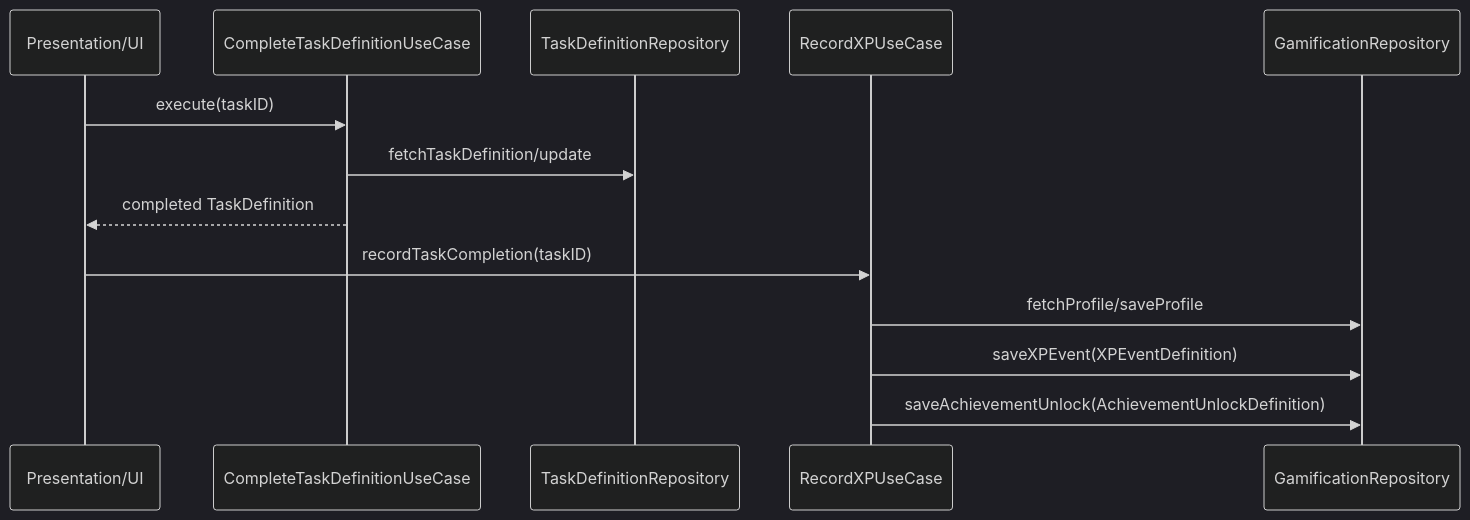
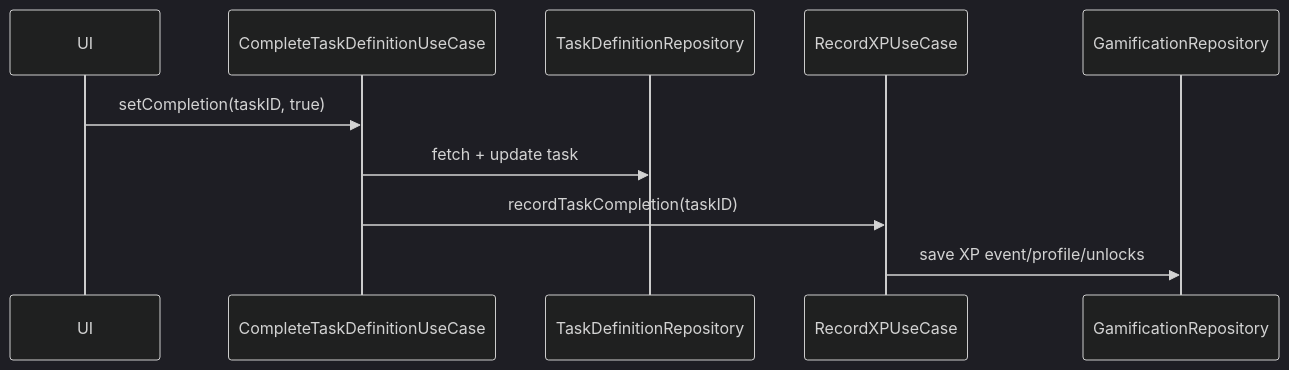
One commit to Saransh-Sharma/Tasker changed the second of 2 diagrams in docs/architecture/data-model-v2.md. Above: the diagram before and after it, drawn with Mermaid (dark theme). The commit also changed other lines of this file and 10 other files, not shown here.

Commit message:
docs: update architecture documentation for V3

````diff
--- a/docs/architecture/data-model-v2.md
+++ b/docs/architecture/data-model-v2.md
@@ -227,17 +133,13 @@
 ```mermaid
 sequenceDiagram
-    participant UI as Presentation/UI
-    participant CTD as CompleteTaskDefinitionUseCase
+    participant UI as UI
+    participant COMP as CompleteTaskDefinitionUseCase
     participant TR as TaskDefinitionRepository
-    participant RX as RecordXPUseCase
+    participant XP as RecordXPUseCase
     participant GR as GamificationRepository
 
-    UI->>CTD: execute(taskID)
-    CTD->>TR: fetchTaskDefinition/update
-    CTD-->>UI: completed TaskDefinition
-
-    UI->>RX: recordTaskCompletion(taskID)
-    RX->>GR: fetchProfile/saveProfile
-    RX->>GR: saveXPEvent(XPEventDefinition)
-    RX->>GR: saveAchievementUnlock(AchievementUnlockDefinition)
+    UI->>COMP: setCompletion(taskID, true)
+    COMP->>TR: fetch + update task
+    COMP->>XP: recordTaskCompletion(taskID)
+    XP->>GR: save XP event/profile/unlocks
 ```
````
